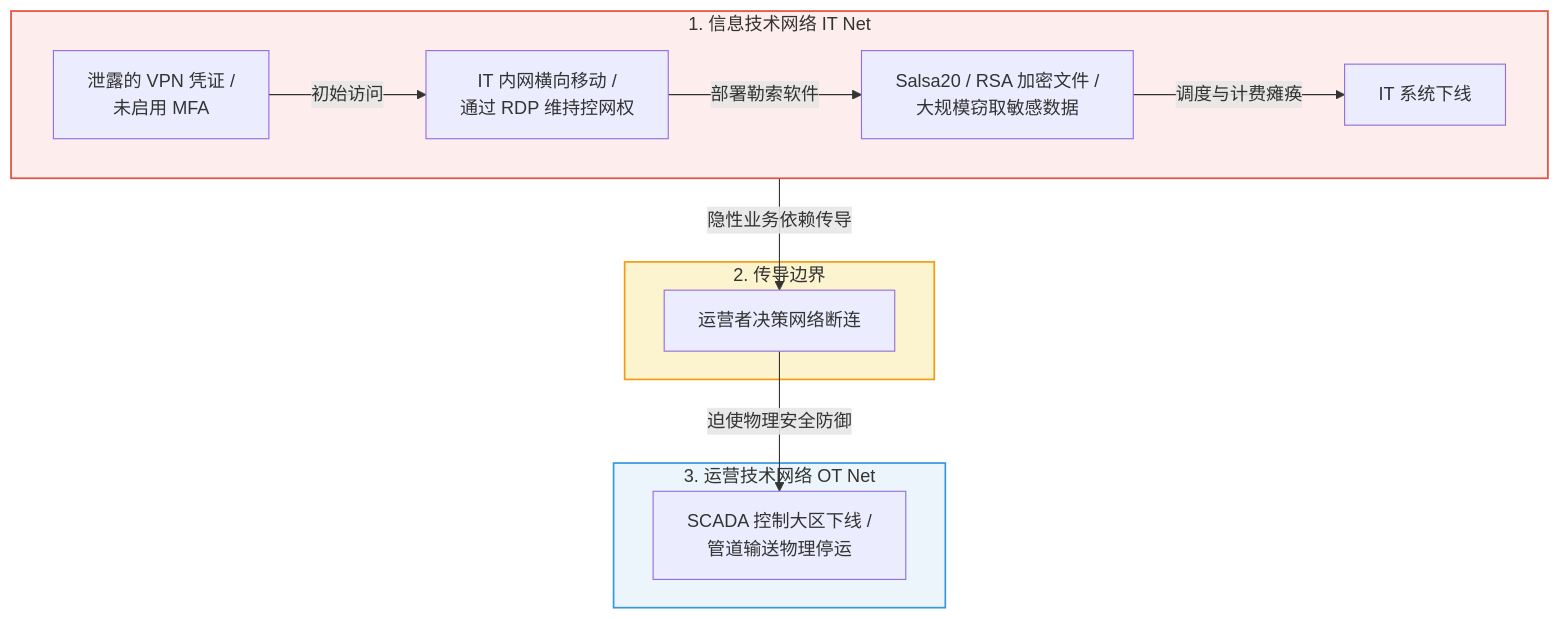
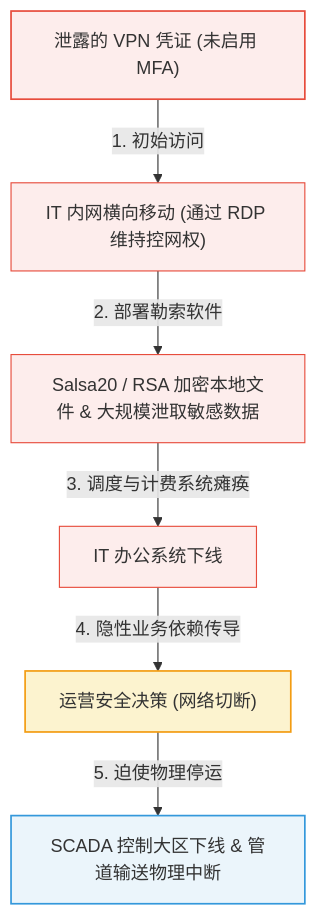
The first of 3 diagrams in 05_正式资料原文/02_AI提取与汇编/02_DarkSide勒索软件_防止业务中断最佳实践_深度精读.md (Bo331/power-data-breach-literature), drawn with Mermaid before and after one commit. The commit also changed other lines of this file and 2 other files, not shown here.

Commit message:
fix: resolve hidden Mermaid syntax bugs (cross-subgraph, illegal link styles, unquoted sequence aliases)

````diff
--- a/05_正式资料原文/02_AI提取与汇编/02_DarkSide勒索软件_防止业务中断最佳实践_深度精读.md
+++ b/05_正式资料原文/02_AI提取与汇编/02_DarkSide勒索软件_防止业务中断最佳实践_深度精读.md
@@ -13,21 +13,15 @@
 ```mermaid
 flowchart TD
-    subgraph IT_Network [" 1. 信息技术网络 IT Net "]
-        direction LR
-        A[" 泄露的 VPN 凭证 /<br/> 未启用 MFA "] -->|初始访问| B[" IT 内网横向移动 /<br/> 通过 RDP 维持控网权 "]
-        B -->|部署勒索软件| C[" Salsa20 / RSA 加密文件 /<br/> 大规模窃取敏感数据 "]
-        C -->|调度与计费瘫痪| D[" IT 系统下线 "]
-    end
+    A[" 泄露的 VPN 凭证 (未启用 MFA) "] -->|1. 初始访问| B[" IT 内网横向移动 (通过 RDP 维持控网权) "]
+    B -->|2. 部署勒索软件| C[" Salsa20 / RSA 加密本地文件 & 大规模泄取敏感数据 "]
+    C -->|3. 调度与计费系统瘫痪| D[" IT 办公系统下线 "]
+    D -->|4. 隐性业务依赖传导| E[" 运营安全决策 (网络切断) "]
+    E -->|5. 迫使物理停运| F[" SCADA 控制大区下线 & 管道输送物理中断 "]
 
-    subgraph Boundaries [" 2. 传导边界 "]
-        D -->|隐性业务依赖传导| E[" 运营者决策网络断连 "]
-    end
-
-    subgraph OT_Network [" 3. 运营技术网络 OT Net "]
-        E -->|迫使物理安全防御| F[" SCADA 控制大区下线 /<br/> 管道输送物理停运 "]
-    end
-
-    style IT_Network fill:#fdedec,stroke:#e74c3c,stroke-width:1.5px
-    style Boundaries fill:#fcf3cf,stroke:#f39c12,stroke-width:1.5px
-    style OT_Network fill:#ebf5fb,stroke:#3498db,stroke-width:1.5px
+    style A fill:#fdedec,stroke:#e74c3c,stroke-width:1.5px
+    style B fill:#fdedec,stroke:#e74c3c,stroke-width:1px
+    style C fill:#fdedec,stroke:#e74c3c,stroke-width:1px
+    style D fill:#fdedec,stroke:#e74c3c,stroke-width:1px
+    style E fill:#fcf3cf,stroke:#f39c12,stroke-width:1.5px
+    style F fill:#ebf5fb,stroke:#3498db,stroke-width:1.5px
 ```
````
